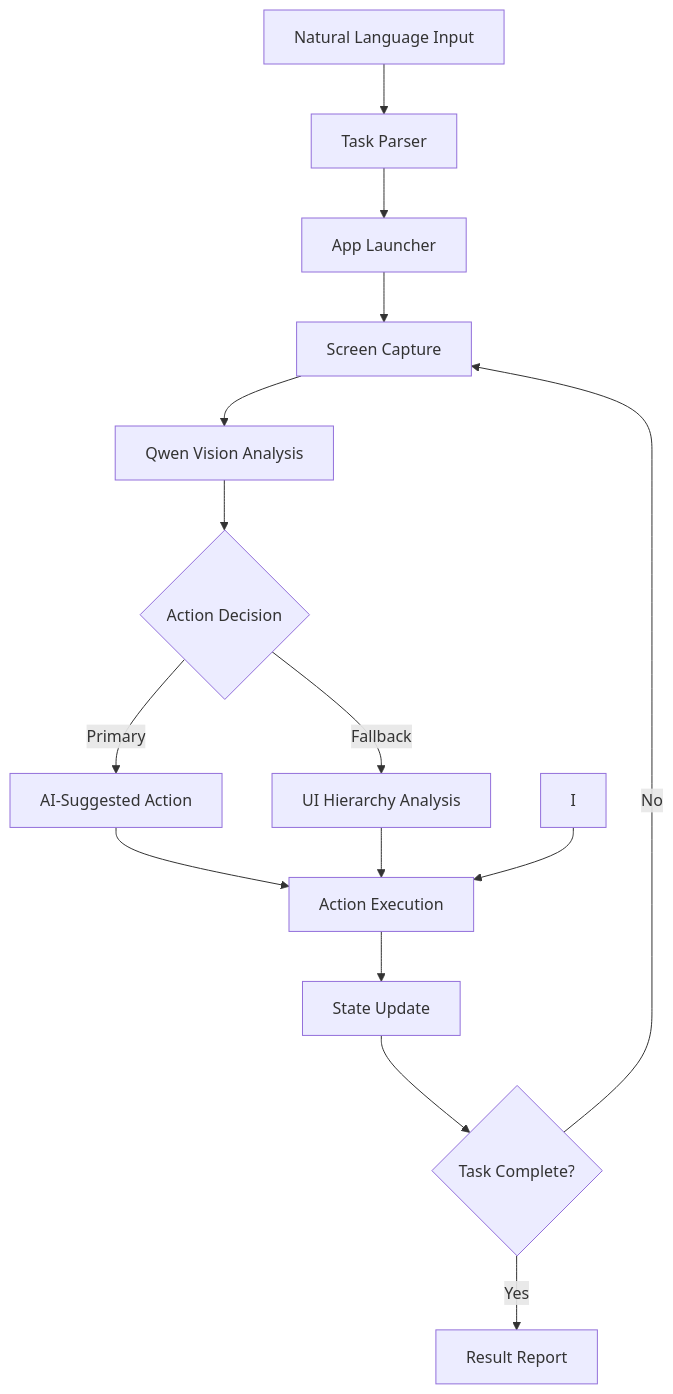
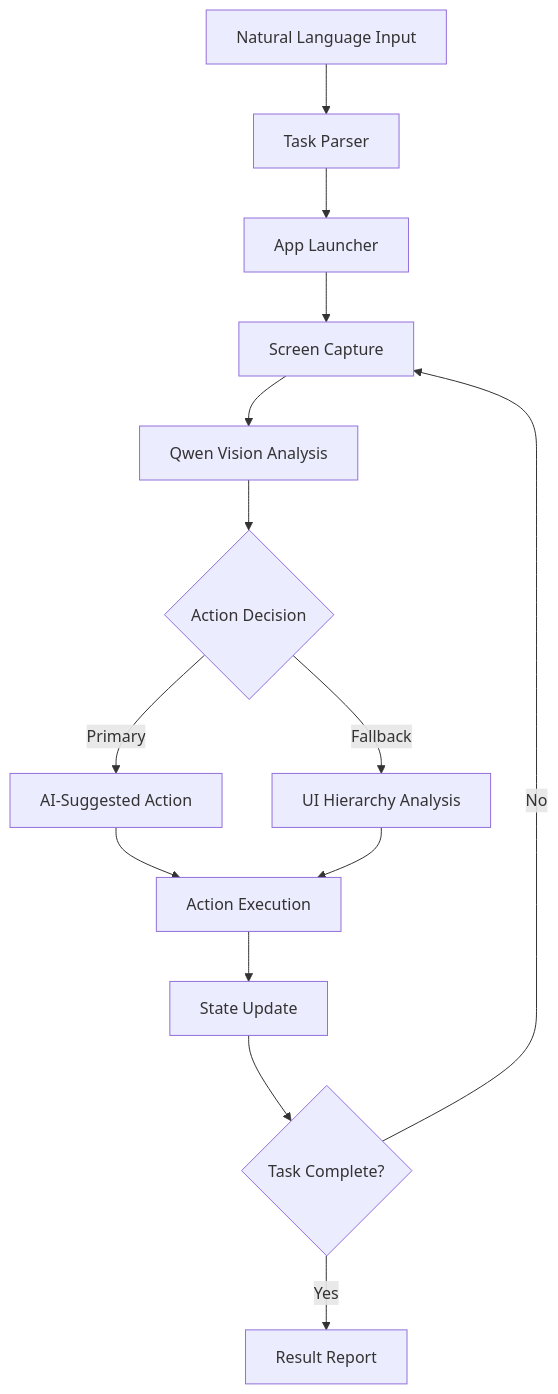
One commit to MogilipalemHemanthKumar/Intelligent_Mobile_Agent changed the diagram in README.md. Above: the diagram before and after it, drawn with Mermaid.

````diff
--- a/README.md
+++ b/README.md
@@ -37,17 +37,16 @@
 ```mermaid
 graph TD
     A[Natural Language Input] --> B[Task Parser]
     B --> C[App Launcher]
     C --> D[Screen Capture]
     D --> E[Qwen Vision Analysis]
     E --> F{Action Decision}
     F -->|Primary| G[AI-Suggested Action]
     F -->|Fallback| H[UI Hierarchy Analysis]
     G --> J[Action Execution]
     H --> J
-    I --> J
     J --> K[State Update]
     K --> L{Task Complete?}
     L -->|No| D
     L -->|Yes| M[Result Report]
 ```
````
